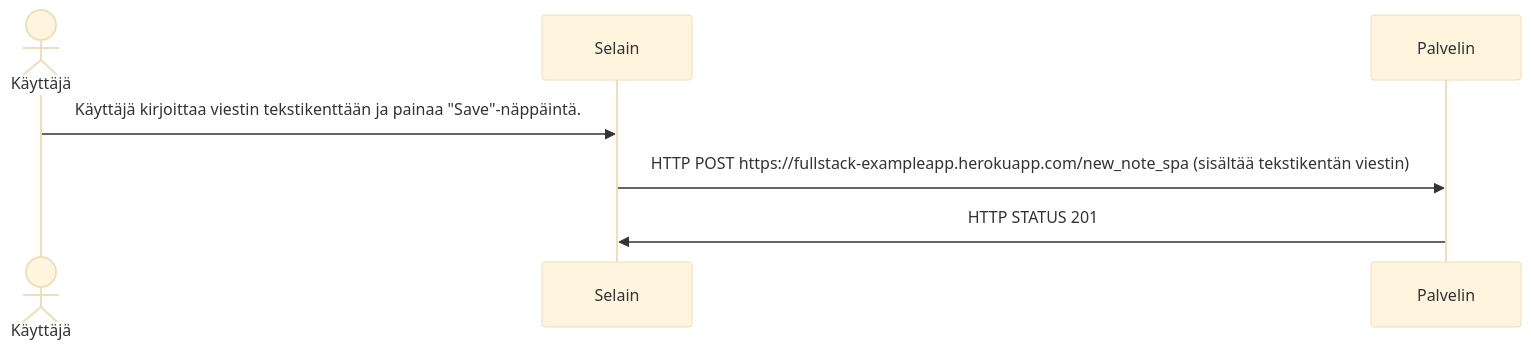
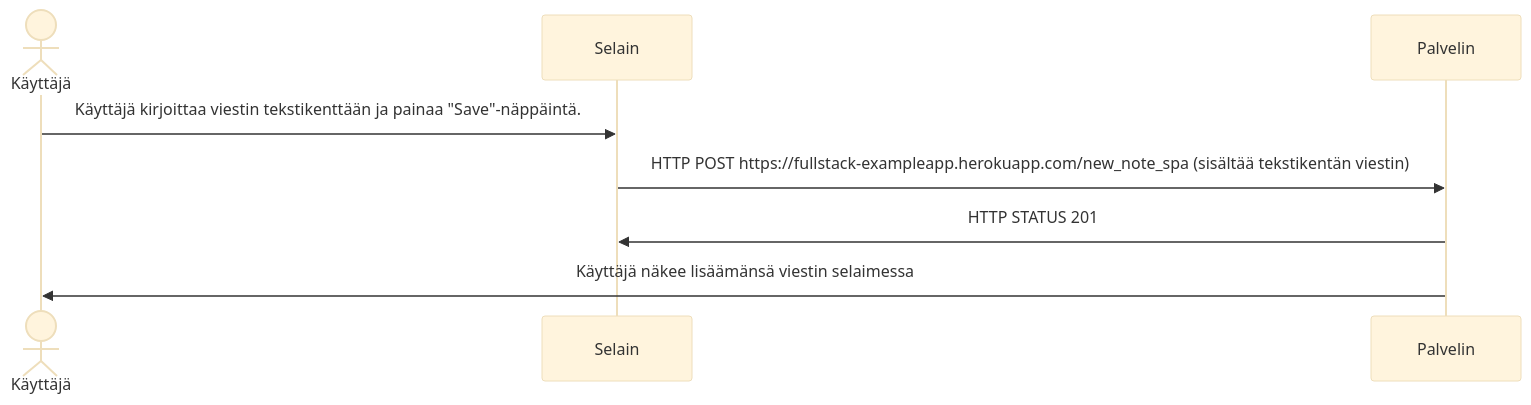
Before and after one commit to kodtld/FullStack: the diagram in osa0/T_0.6.md, drawn with Mermaid (base theme). The commit also changed 1 other file, not shown here.

Commit message:
pieni päivitys

````diff
--- a/osa0/T_0.6.md
+++ b/osa0/T_0.6.md
@@ -1,10 +1,11 @@
 ```mermaid
 sequenceDiagram
   actor Käyttäjä
   participant Selain
   participant Palvelin
 
   Käyttäjä->>Selain: Käyttäjä kirjoittaa viestin tekstikenttään ja painaa "Save"-näppäintä.
   Selain->>Palvelin: HTTP POST https://fullstack-exampleapp.herokuapp.com/new_note_spa (sisältää tekstikentän viestin)
   Palvelin->>Selain: HTTP STATUS 201
+  Palvelin->>Käyttäjä: Käyttäjä näkee lisäämänsä viestin selaimessa
 ```
````
